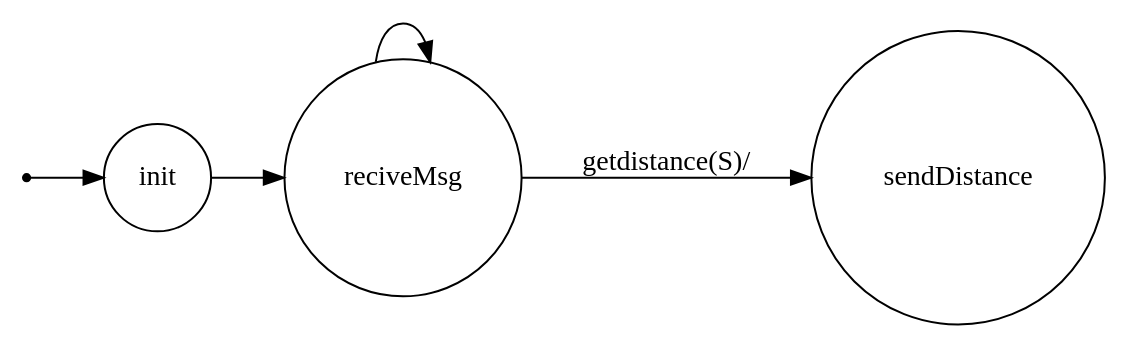
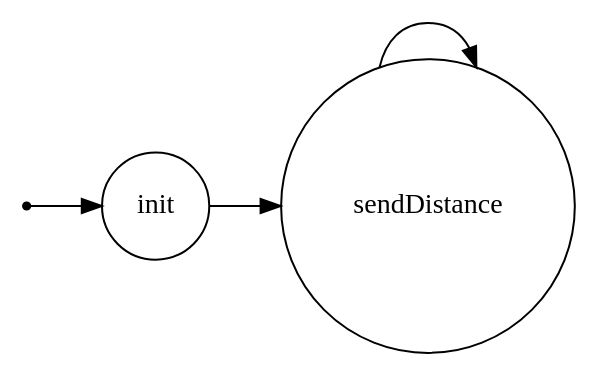
Before and after one commit to davidMonnuar/finalTask: the diagram in it.unibo.console/srcMore/it/unibo/qapasonara/dotFsm.gv, drawn with Graphviz. The commit also changed 38 other files, not shown here.

```diff
--- a/it.unibo.console/srcMore/it/unibo/qapasonara/dotFsm.gv
+++ b/it.unibo.console/srcMore/it/unibo/qapasonara/dotFsm.gv
@@ -1,23 +1,22 @@
 /*
 *
 * A GraphViz DOT FSM description 
 * Please use a GraphViz visualizer (like http://www.webgraphviz.com)
 * 
 * Generated by AM,NC,RM
 *  
 */
  
 digraph finite_state_machine {
   	rankdir=LR;
   	size="8,5"
   	node [shape = point]; iniziale;
   	node [shape = doublecircle]; 
   	node [shape = circle];
   	iniziale -> init [label = ""];
   	
   	
-  	init -> reciveMsg [ label = ""];
+  	init -> sendDistance [ label = ""];
   	
-  	reciveMsg -> reciveMsg [ label = ""];
-  	reciveMsg -> sendDistance [ label = "getdistance(S)/"];
+  	sendDistance -> sendDistance [ label = ""];
 }
```
